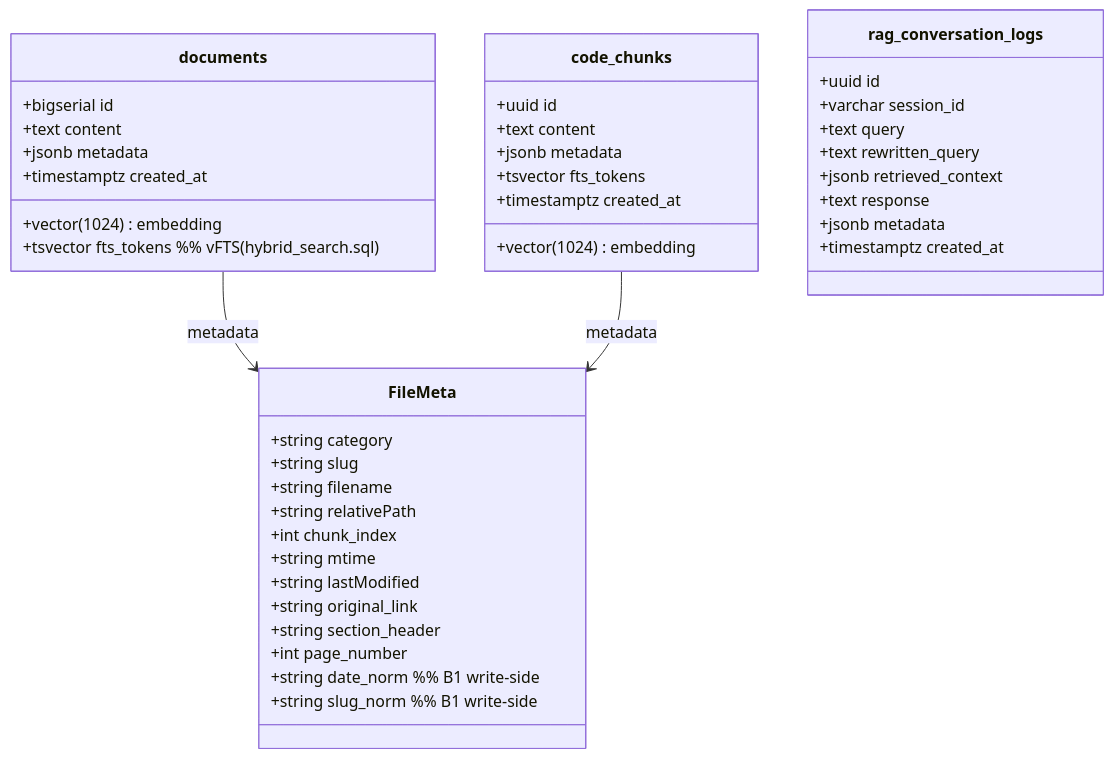
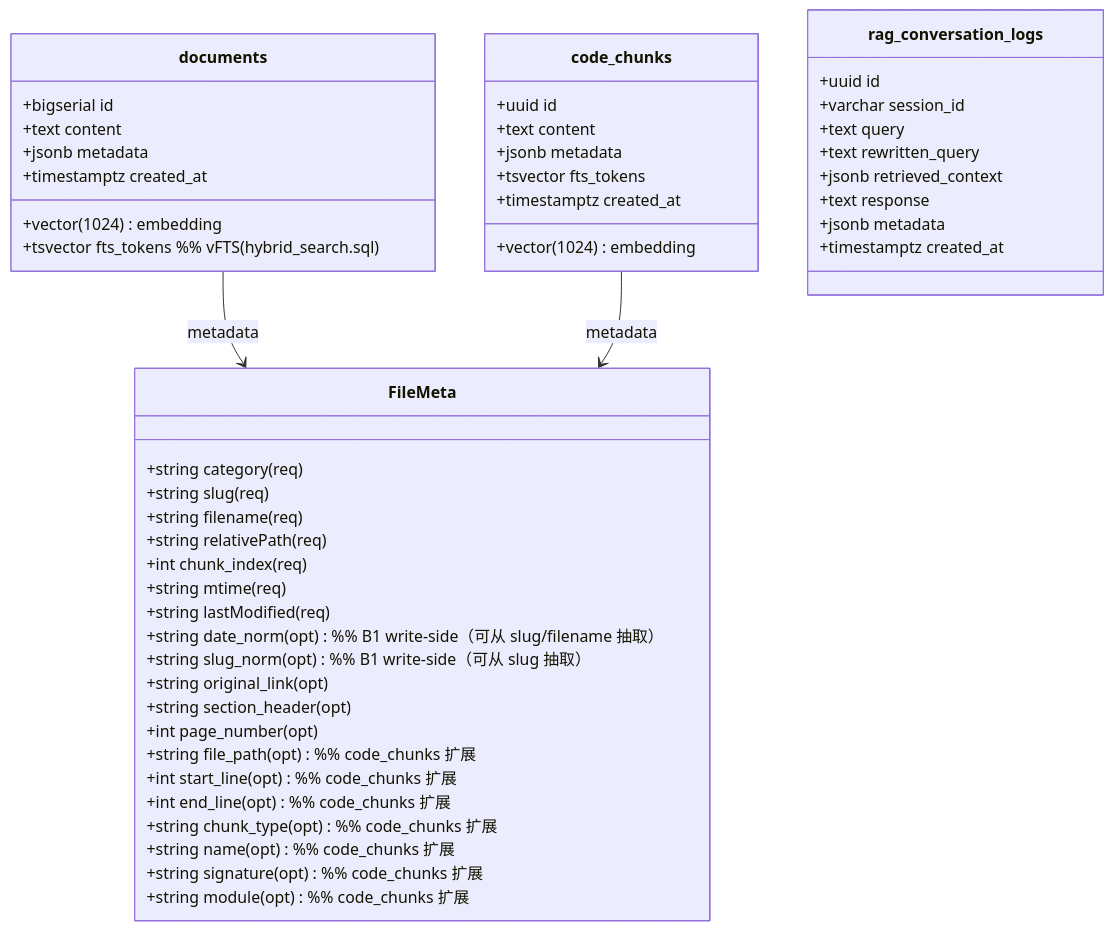
Before and after one commit to Cyning12/ai-ink-brain-api-python: the diagram in docs/_tech_graph/01_struct.md, drawn with Mermaid. The commit also changed 5 other files, not shown here.

First line of the commit message:
docs(tech-graph): 完成 P0 可接手性与漂移校验

````diff
--- a/docs/_tech_graph/01_struct.md
+++ b/docs/_tech_graph/01_struct.md
@@ -1,51 +1,58 @@
 ```mermaid
 classDiagram
   %% DB Struct (from supabase/sql/*.sql + code usage)
 
   class documents {
     +bigserial id
     +text content
     +jsonb metadata
     +vector(1024) embedding
     +tsvector fts_tokens  %% vFTS (hybrid_search.sql)
     +timestamptz created_at
   }
 
   class code_chunks {
     +uuid id
     +text content
     +jsonb metadata
     +vector(1024) embedding
     +tsvector fts_tokens
     +timestamptz created_at
   }
 
   class rag_conversation_logs {
     +uuid id
     +varchar session_id
     +text query
     +text rewritten_query
     +jsonb retrieved_context
     +text response
     +jsonb metadata
     +timestamptz created_at
   }
 
   class FileMeta {
-    +string category
-    +string slug
-    +string filename
-    +string relativePath
-    +int chunk_index
-    +string mtime
-    +string lastModified
-    +string original_link
-    +string section_header
-    +int page_number
-    +string date_norm %% B1 write-side
-    +string slug_norm %% B1 write-side
+    +string category (req)
+    +string slug (req)
+    +string filename (req)
+    +string relativePath (req)
+    +int chunk_index (req)
+    +string mtime (req)
+    +string lastModified (req)
+    +string date_norm (opt) %% B1 write-side（可从 slug/filename 抽取）
+    +string slug_norm (opt) %% B1 write-side（可从 slug 抽取）
+    +string original_link (opt)
+    +string section_header (opt)
+    +int page_number (opt)
+    +string file_path (opt) %% code_chunks 扩展
+    +int start_line (opt) %% code_chunks 扩展
+    +int end_line (opt) %% code_chunks 扩展
+    +string chunk_type (opt) %% code_chunks 扩展
+    +string name (opt) %% code_chunks 扩展
+    +string signature (opt) %% code_chunks 扩展
+    +string module (opt) %% code_chunks 扩展
   }
 
   documents --> FileMeta : metadata
   code_chunks --> FileMeta : metadata
 ```
````
